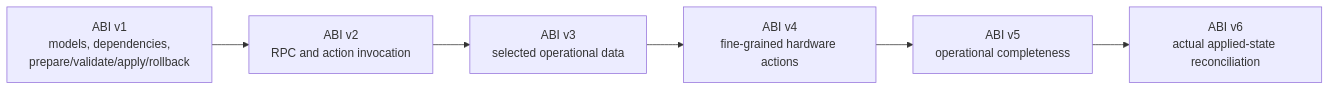
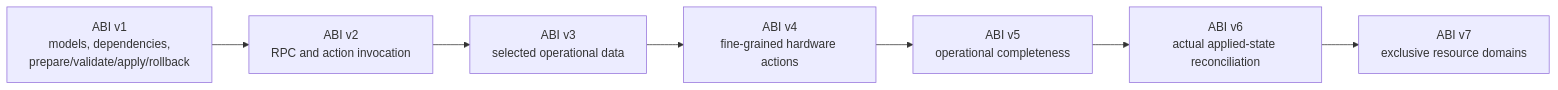
The second of 4 diagrams in docs/DANGD_PLUGINS.md (dcornejo/dang), drawn with Mermaid before and after one commit. The commit also changed other lines of this file and 15 other files, not shown here.

First line of the commit message:
Add exclusive plugin resource ownership

````diff
--- a/docs/DANGD_PLUGINS.md
+++ b/docs/DANGD_PLUGINS.md
@@ -109,10 +109,11 @@
 ```mermaid
 flowchart LR
   v1[ABI v1<br/>models, dependencies,<br/>prepare/validate/apply/rollback]
   v2[ABI v2<br/>RPC and action invocation]
   v3[ABI v3<br/>selected operational data]
   v4[ABI v4<br/>fine-grained hardware actions]
   v5[ABI v5<br/>operational completeness]
   v6[ABI v6<br/>actual applied-state reconciliation]
-  v1 --> v2 --> v3 --> v4 --> v5 --> v6
+  v7[ABI v7<br/>exclusive resource domains]
+  v1 --> v2 --> v3 --> v4 --> v5 --> v6 --> v7
 ```
````
